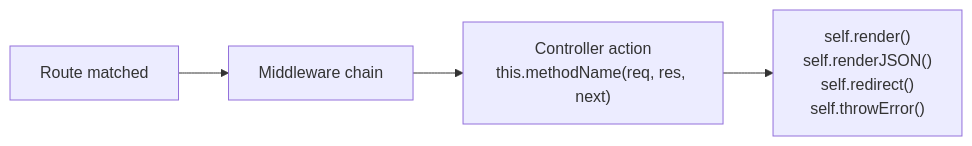
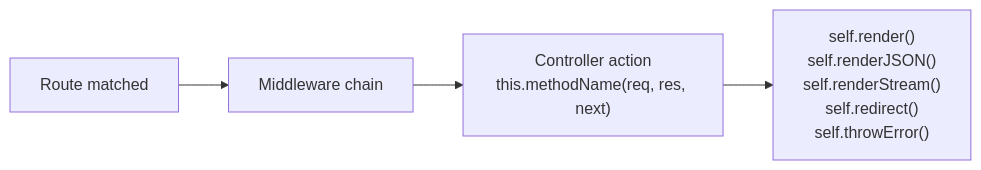
Before and after one commit to gina-io/docs: the first of 2 diagrams in docs/guides/controller.md, drawn with Mermaid. The commit also changed other lines of this file and 20 other files, not shown here.

````diff
--- a/docs/guides/controller.md
+++ b/docs/guides/controller.md
@@ -23,6 +23,6 @@
 ```mermaid
 flowchart LR
     A["Route matched"] --> B["Middleware chain"]
     B --> C["Controller action<br/>this.methodName(req, res, next)"]
-    C --> D["self.render()<br/>self.renderJSON()<br/>self.redirect()<br/>self.throwError()"]
+    C --> D["self.render()<br/>self.renderJSON()<br/>self.renderStream()<br/>self.redirect()<br/>self.throwError()"]
 ```
````
